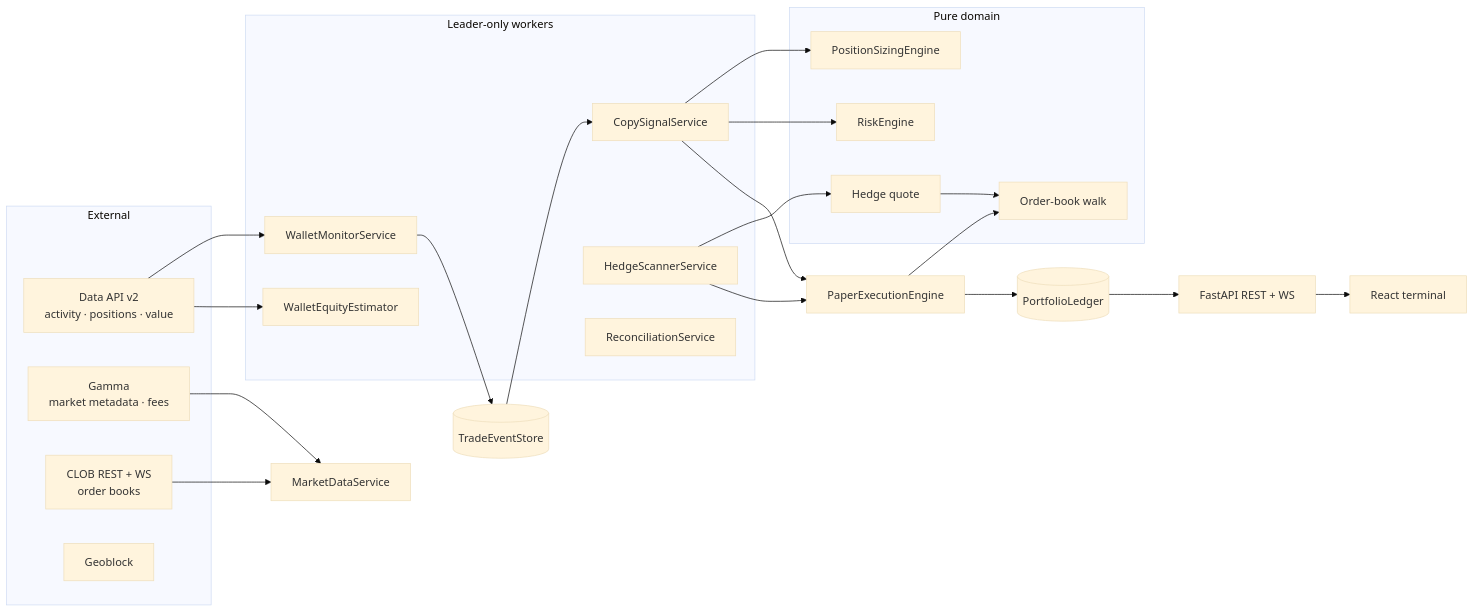
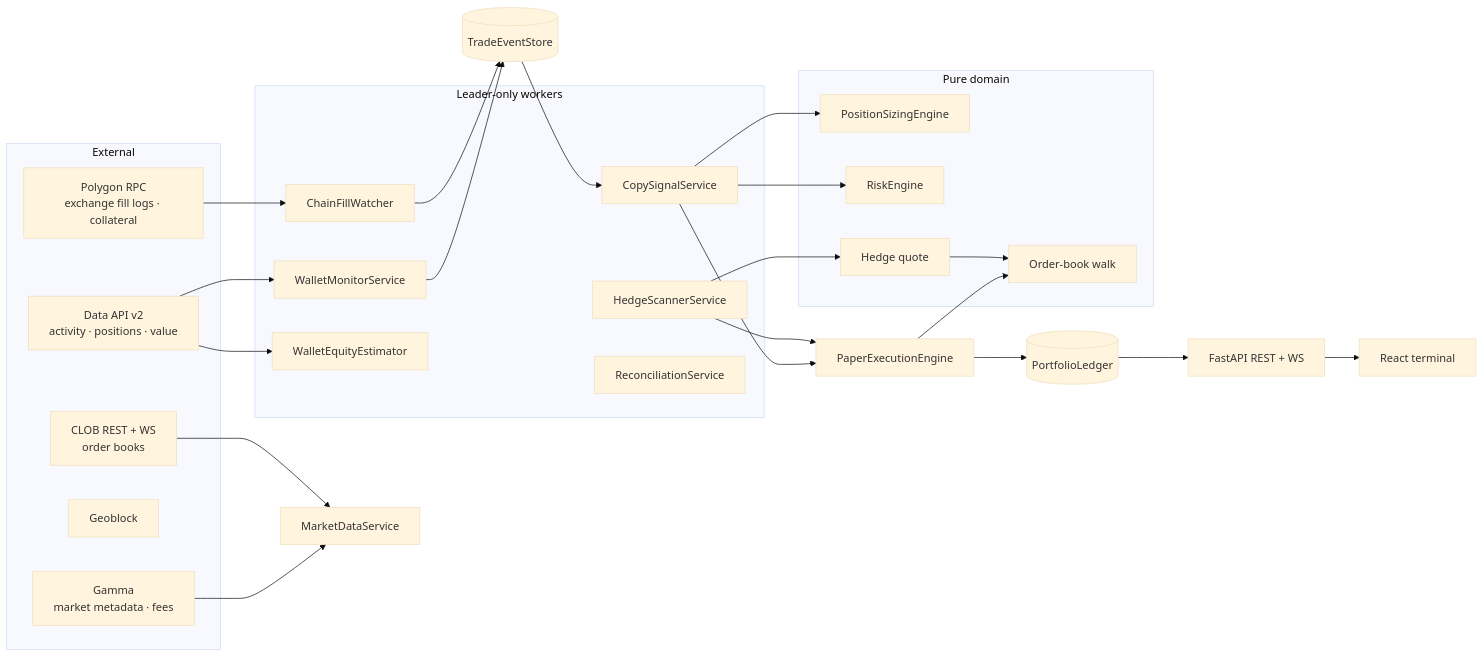
One commit to gokulsivaji03-svg/poly changed the first of 2 diagrams in docs/ARCHITECTURE.md. Above: the diagram before and after it, drawn with Mermaid (base theme). The commit also changed 15 other files, not shown here.

First line of the commit message:
feat(detect): copy from Polygon exchange fill logs (~1-2 s detection)

````diff
--- a/docs/ARCHITECTURE.md
+++ b/docs/ARCHITECTURE.md
@@ -7,34 +7,37 @@
 ```mermaid
 flowchart LR
   subgraph External
     DAPI[Data API v2<br/>activity · positions · value]
     GAMMA[Gamma<br/>market metadata · fees]
     CLOB[CLOB REST + WS<br/>order books]
     GEO[Geoblock]
+    RPC[Polygon RPC<br/>exchange fill logs · collateral]
   end
   subgraph Workers[Leader-only workers]
     WM[WalletMonitorService]
+    CW[ChainFillWatcher]
     EE[WalletEquityEstimator]
     CS[CopySignalService]
     HS[HedgeScannerService]
     RC[ReconciliationService]
   end
   subgraph Core[Pure domain]
     SZ[PositionSizingEngine]
     RK[RiskEngine]
     FL[Order-book walk]
     HQ[Hedge quote]
   end
   DAPI --> WM --> TES[(TradeEventStore)]
+  RPC --> CW --> TES
   DAPI --> EE
   GAMMA --> MDS[MarketDataService]
   CLOB --> MDS
   TES --> CS
   CS --> SZ & RK
   CS --> PEX[PaperExecutionEngine] --> FL
   HS --> HQ --> FL
   HS --> PEX
   PEX --> LED[(PortfolioLedger)]
   LED --> API[FastAPI REST + WS]
   API --> UI[React terminal]
 ```
````
